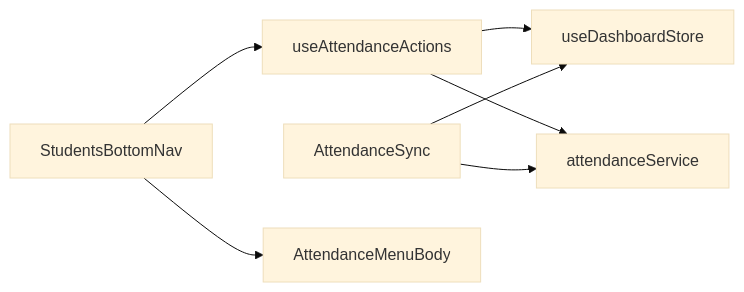
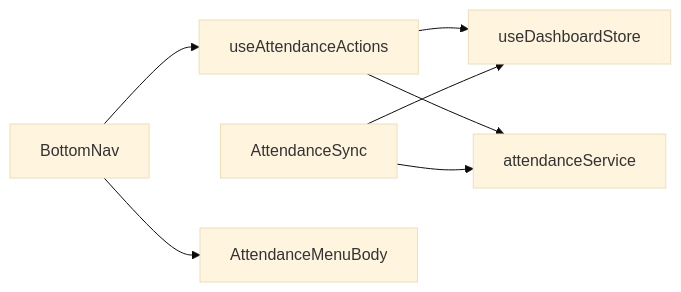
The diagram in docs/architecture-plan.md (kisdreamteam/KIS-Points-V2-Live), drawn with Mermaid (base theme) before and after one commit. The commit also changed other lines of this file and 7 other files, not shown here.

First line of the commit message:
refactor: Timer movable widget, BottomNav rename, app guardrails

````diff
--- a/docs/architecture-plan.md
+++ b/docs/architecture-plan.md
@@ -250,15 +266,15 @@
 ```mermaid
 flowchart LR
-  nav[StudentsBottomNav]
+  nav[BottomNav]
   actions[useAttendanceActions]
   sync[AttendanceSync]
   store[useDashboardStore]
   api[attendanceService]
   body[AttendanceMenuBody]
   nav --> body
   nav --> actions
   actions --> store
   actions --> api
   sync --> store
   sync --> api
 ```
````
